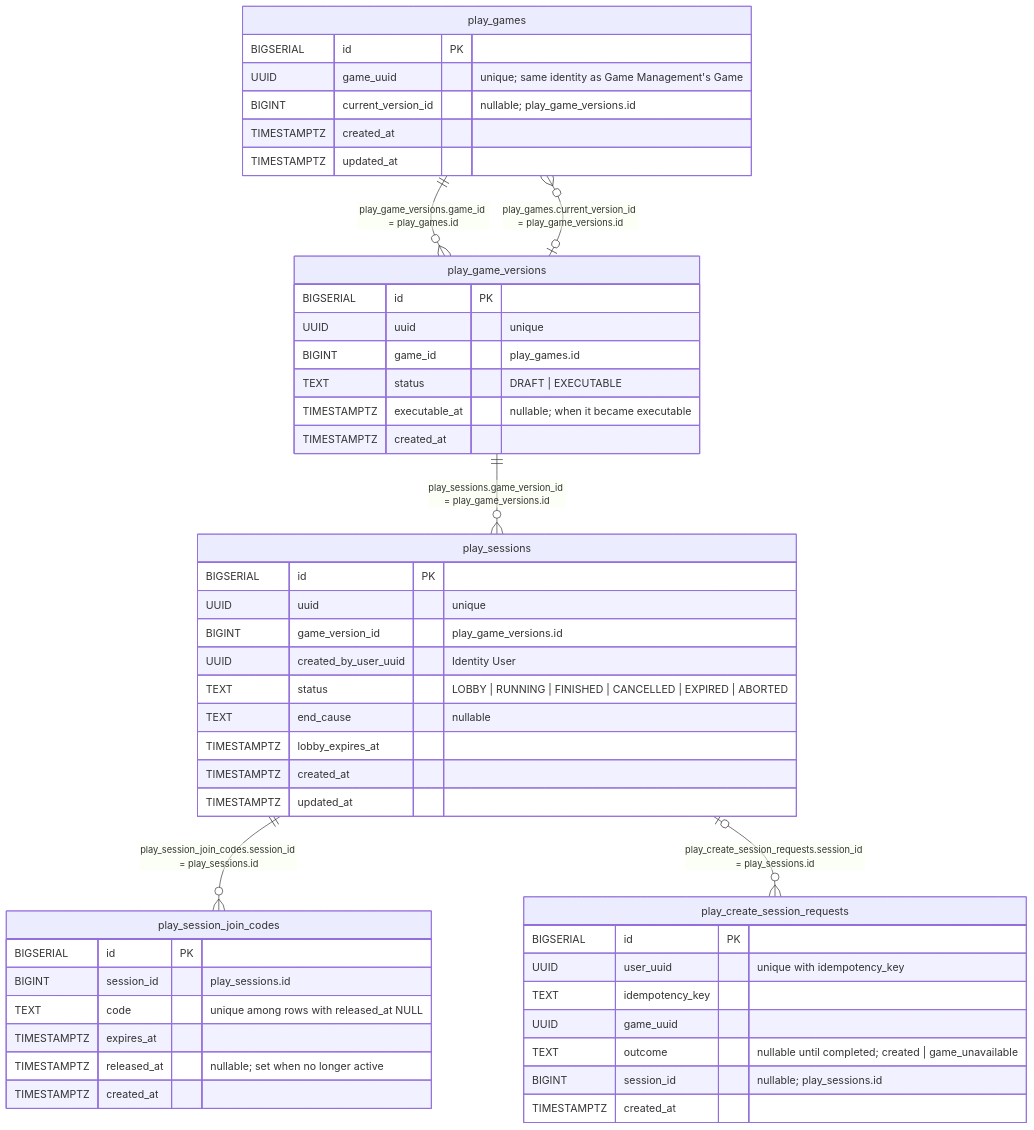
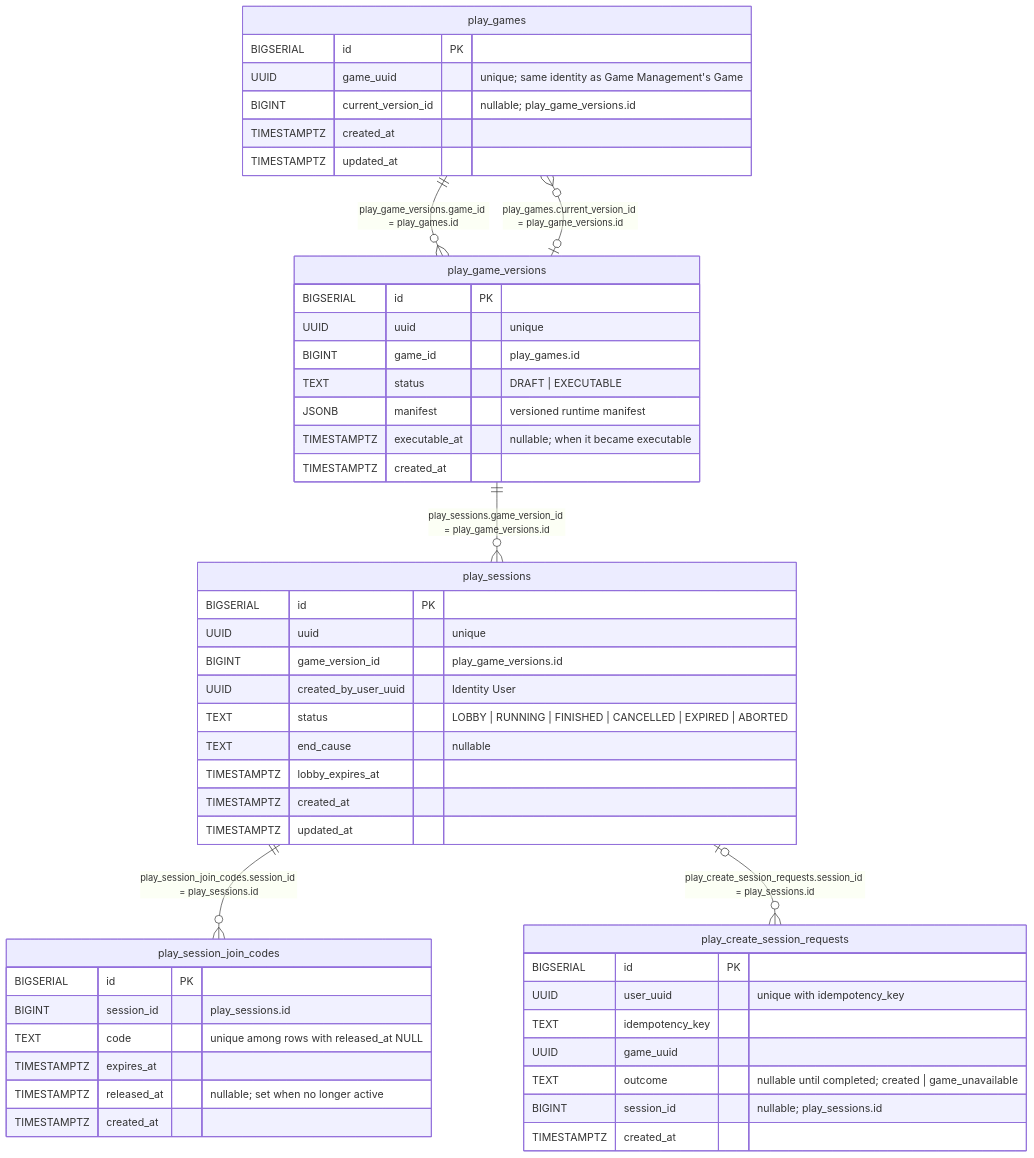
Before and after one commit to diegobermudez03/playhoot: the diagram in play/docs/DATA_MODEL.md, drawn with Mermaid. The commit also changed other lines of this file and 46 other files, not shown here.

````diff
--- a/play/docs/DATA_MODEL.md
+++ b/play/docs/DATA_MODEL.md
@@ -7,52 +7,53 @@
 ```mermaid
 erDiagram
     play_games {
         BIGSERIAL id PK
         UUID game_uuid "unique; same identity as Game Management's Game"
         BIGINT current_version_id "nullable; play_game_versions.id"
         TIMESTAMPTZ created_at
         TIMESTAMPTZ updated_at
     }
     play_game_versions {
         BIGSERIAL id PK
         UUID uuid "unique"
         BIGINT game_id "play_games.id"
         TEXT status "DRAFT | EXECUTABLE"
+        JSONB manifest "versioned runtime manifest"
         TIMESTAMPTZ executable_at "nullable; when it became executable"
         TIMESTAMPTZ created_at
     }
     play_sessions {
         BIGSERIAL id PK
         UUID uuid "unique"
         BIGINT game_version_id "play_game_versions.id"
         UUID created_by_user_uuid "Identity User"
         TEXT status "LOBBY | RUNNING | FINISHED | CANCELLED | EXPIRED | ABORTED"
         TEXT end_cause "nullable"
         TIMESTAMPTZ lobby_expires_at
         TIMESTAMPTZ created_at
         TIMESTAMPTZ updated_at
     }
     play_session_join_codes {
         BIGSERIAL id PK
         BIGINT session_id "play_sessions.id"
         TEXT code "unique among rows with released_at NULL"
         TIMESTAMPTZ expires_at
         TIMESTAMPTZ released_at "nullable; set when no longer active"
         TIMESTAMPTZ created_at
     }
     play_create_session_requests {
         BIGSERIAL id PK
         UUID user_uuid "unique with idempotency_key"
         TEXT idempotency_key
         UUID game_uuid
         TEXT outcome "nullable until completed; created | game_unavailable"
         BIGINT session_id "nullable; play_sessions.id"
         TIMESTAMPTZ created_at
     }
 
     play_games ||--o{ play_game_versions : "play_game_versions.game_id = play_games.id"
     play_games }o--o| play_game_versions : "play_games.current_version_id = play_game_versions.id"
     play_game_versions ||--o{ play_sessions : "play_sessions.game_version_id = play_game_versions.id"
     play_sessions ||--o{ play_session_join_codes : "play_session_join_codes.session_id = play_sessions.id"
     play_sessions |o--o{ play_create_session_requests : "play_create_session_requests.session_id = play_sessions.id"
 ```
````
